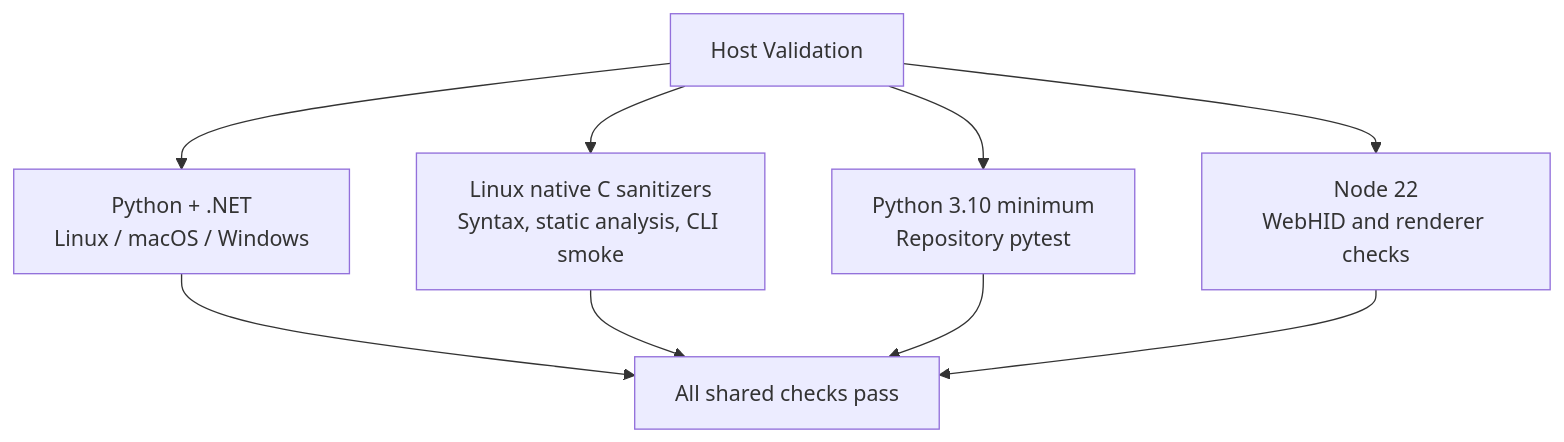
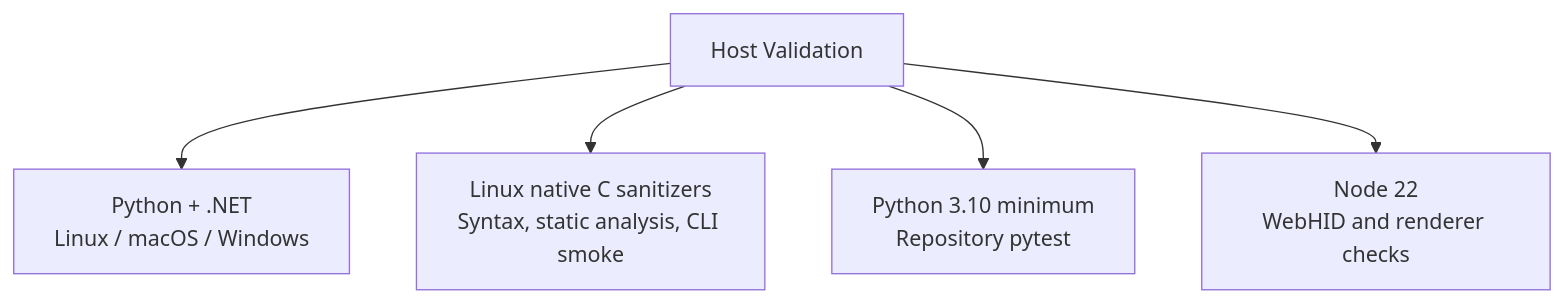
The second of 3 diagrams in docs/development/github-actions.md (djwinter29-oss/PicoUart), drawn with Mermaid before and after one commit. The commit also changed other lines of this file and 38 other files, not shown here.

````diff
--- a/docs/development/github-actions.md
+++ b/docs/development/github-actions.md
@@ -34,11 +25,7 @@
 ```mermaid
 flowchart TD
   Host["Host Validation"] --> Apps["Python + .NET<br/>Linux / macOS / Windows"]
   Host --> Native["Linux native C sanitizers<br/>Syntax, static analysis, CLI smoke"]
   Host --> Minimum["Python 3.10 minimum<br/>Repository pytest"]
   Host --> Browser["Node 22<br/>WebHID and renderer checks"]
-  Apps --> Done["All shared checks pass"]
-  Native --> Done
-  Minimum --> Done
-  Browser --> Done
 ```
````
